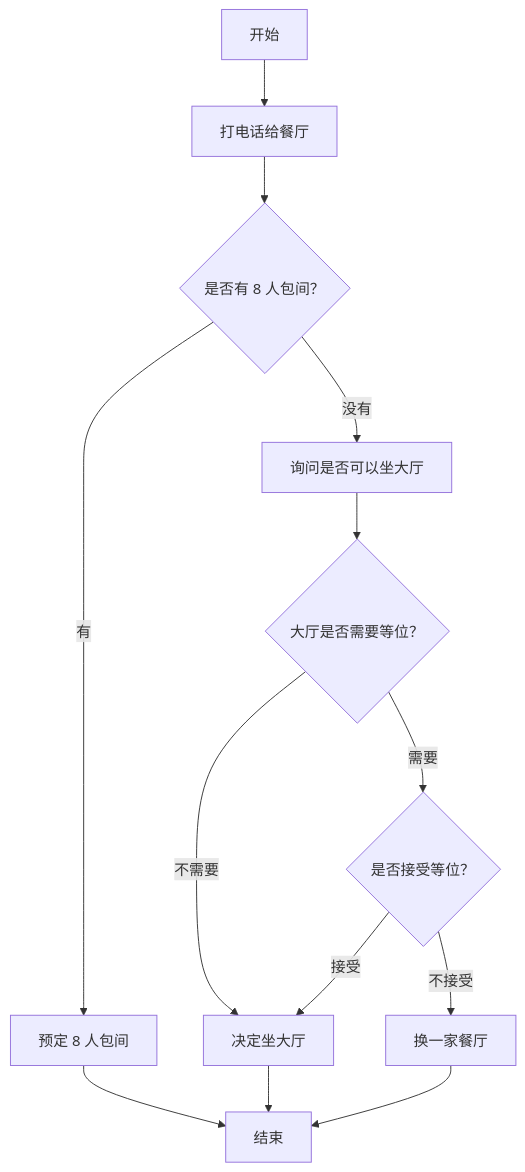
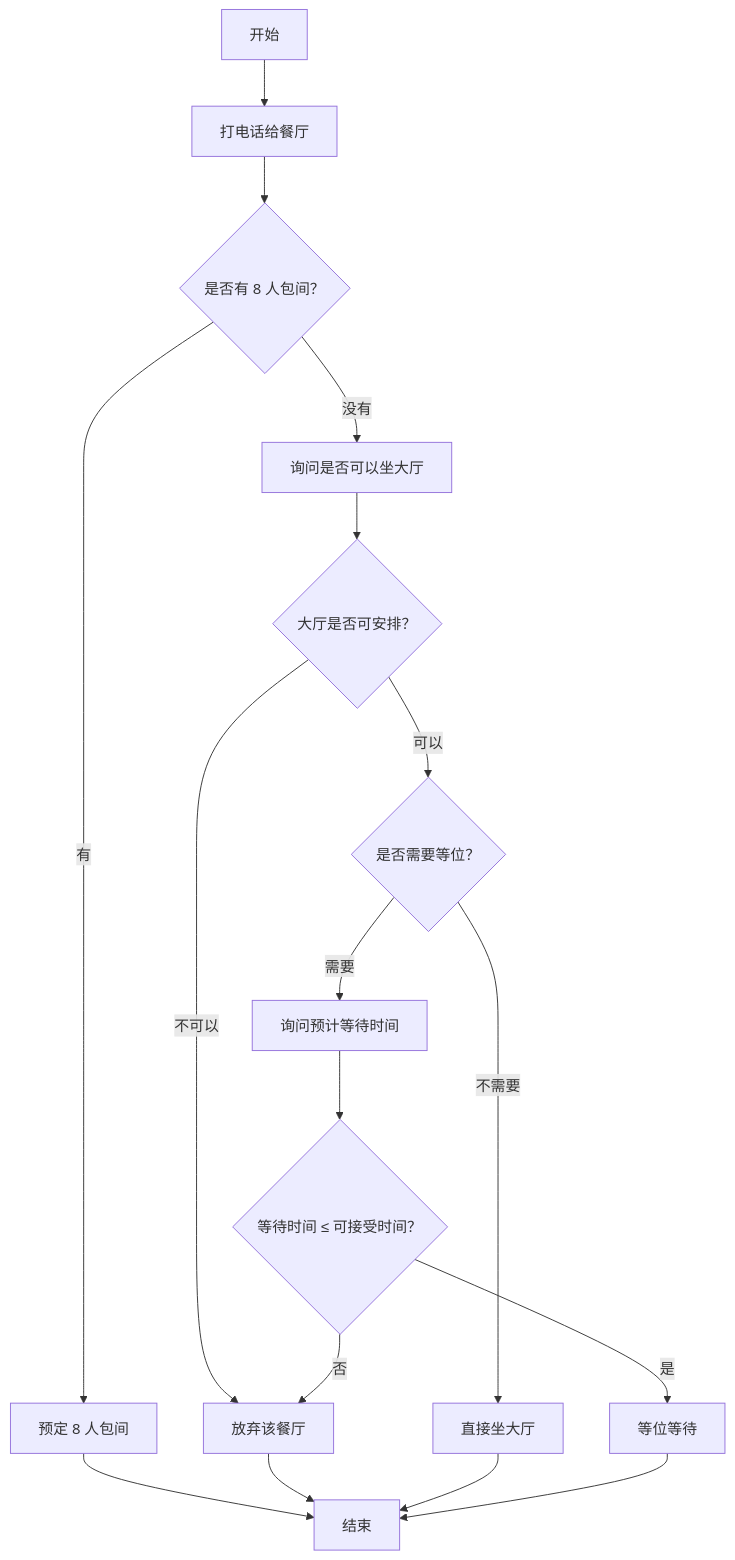
The diagram in decision.md (LiShuai1025/markdown), drawn with Mermaid before and after one commit.

````diff
--- a/decision.md
+++ b/decision.md
@@ -1,20 +1,29 @@
 ```mermaid
 flowchart TD
     A[开始] --> B[打电话给餐厅]
     B --> C{是否有 8 人包间？}
 
     C -- 有 --> D[预定 8 人包间]
-    D --> E[结束]
+    D --> Z[结束]
 
-    C -- 没有 --> F[询问是否可以坐大厅]
-    F --> G{大厅是否需要等位？}
+    C -- 没有 --> E[询问是否可以坐大厅]
+    E --> F{大厅是否可安排？}
 
-    G -- 不需要 --> H[决定坐大厅]
-    H --> E
+    F -- 不可以 --> Y[放弃该餐厅]
+    Y --> Z
 
-    G -- 需要 --> I{是否接受等位？}
-    I -- 接受 --> H
-    I -- 不接受 --> J[换一家餐厅]
-    J --> E
+    F -- 可以 --> G{是否需要等位？}
+
+    G -- 不需要 --> H[直接坐大厅]
+    H --> Z
+
+    G -- 需要 --> I[询问预计等待时间]
+    I --> J{等待时间 ≤ 可接受时间？}
+
+    J -- 是 --> K[等位等待]
+    K --> Z
+
+    J -- 否 --> Y
+
 
 ```
````
